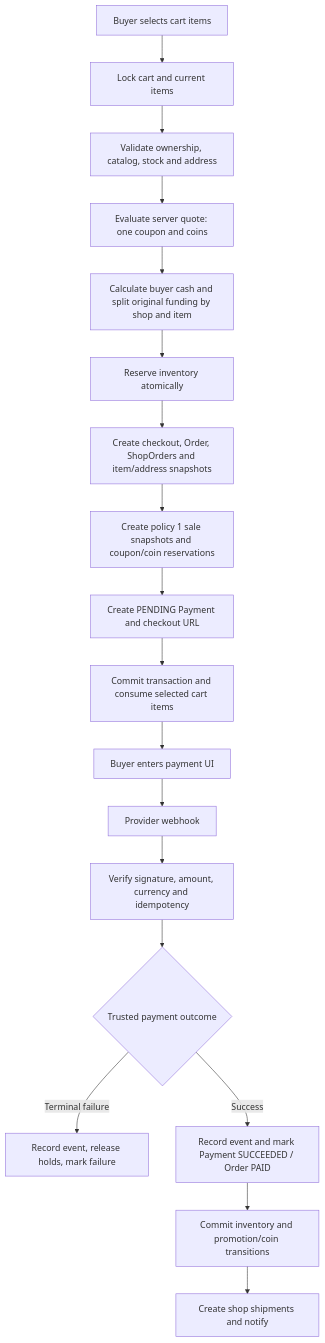
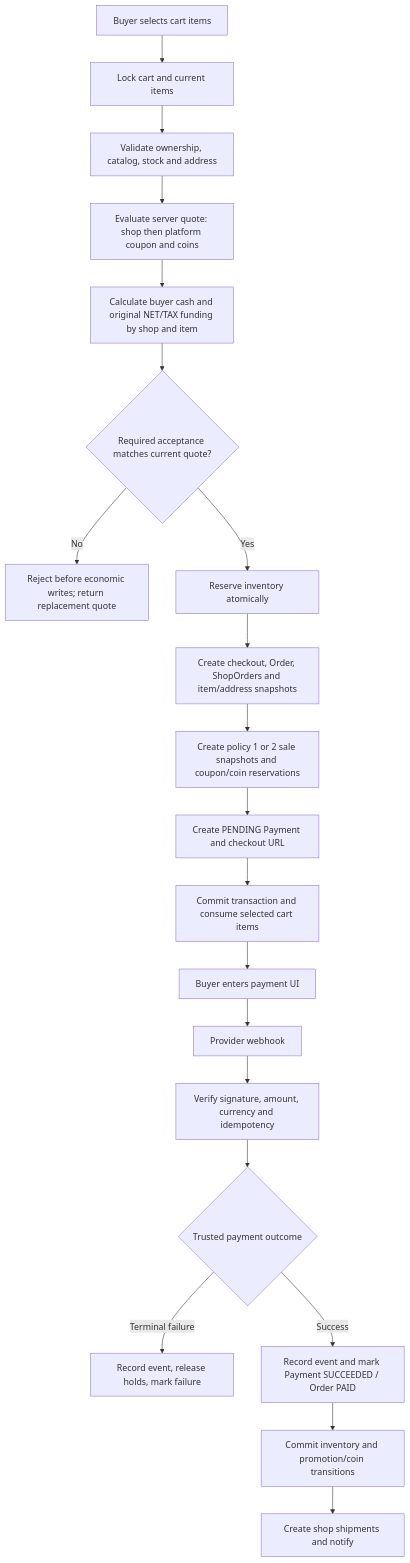
One commit to Ronnakornn/marketplace changed the diagram in docs/checkout-flow.md. Above: the diagram before and after it, drawn with Mermaid. The commit also changed other lines of this file and 109 other files, not shown here.

````diff
--- a/docs/checkout-flow.md
+++ b/docs/checkout-flow.md
@@ -3,20 +3,22 @@
 ```mermaid
 flowchart TD
   A[Buyer selects cart items] --> B[Lock cart and current items]
   B --> C[Validate ownership, catalog, stock and address]
-  C --> D[Evaluate server quote: one coupon and coins]
-  D --> E[Calculate buyer cash and split original funding by shop and item]
-  E --> F[Reserve inventory atomically]
+  C --> D[Evaluate server quote: shop then platform coupon and coins]
+  D --> E[Calculate buyer cash and original NET/TAX funding by shop and item]
+  E --> V{Required acceptance matches current quote?}
+  V -- No --> X[Reject before economic writes; return replacement quote]
+  V -- Yes --> F[Reserve inventory atomically]
   F --> G[Create checkout, Order, ShopOrders and item/address snapshots]
-  G --> H[Create policy 1 sale snapshots and coupon/coin reservations]
+  G --> H[Create policy 1 or 2 sale snapshots and coupon/coin reservations]
   H --> I[Create PENDING Payment and checkout URL]
   I --> J[Commit transaction and consume selected cart items]
   J --> K[Buyer enters payment UI]
   K --> L[Provider webhook]
   L --> M[Verify signature, amount, currency and idempotency]
   M --> N{Trusted payment outcome}
   N -- Terminal failure --> O[Record event, release holds, mark failure]
   N -- Success --> P[Record event and mark Payment SUCCEEDED / Order PAID]
   P --> Q[Commit inventory and promotion/coin transitions]
   Q --> R[Create shop shipments and notify]
 ```
````
